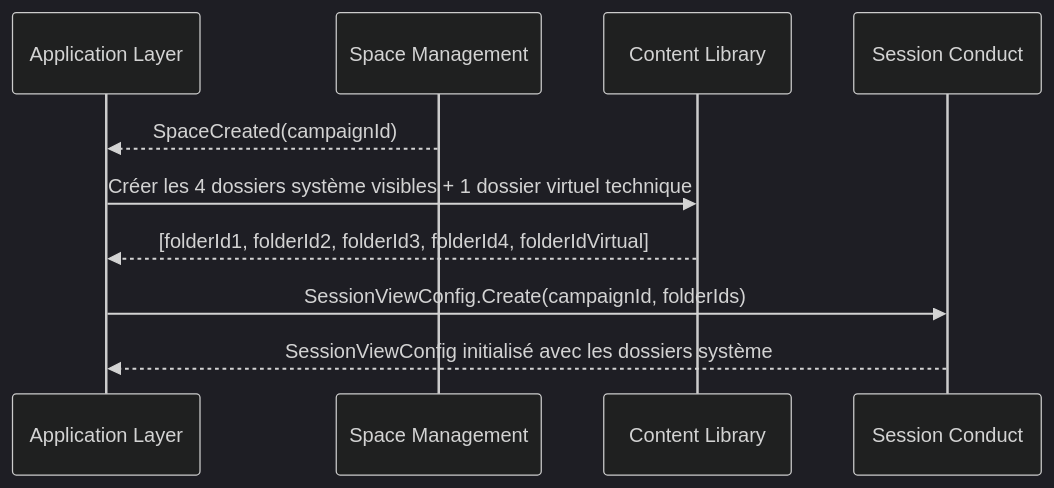
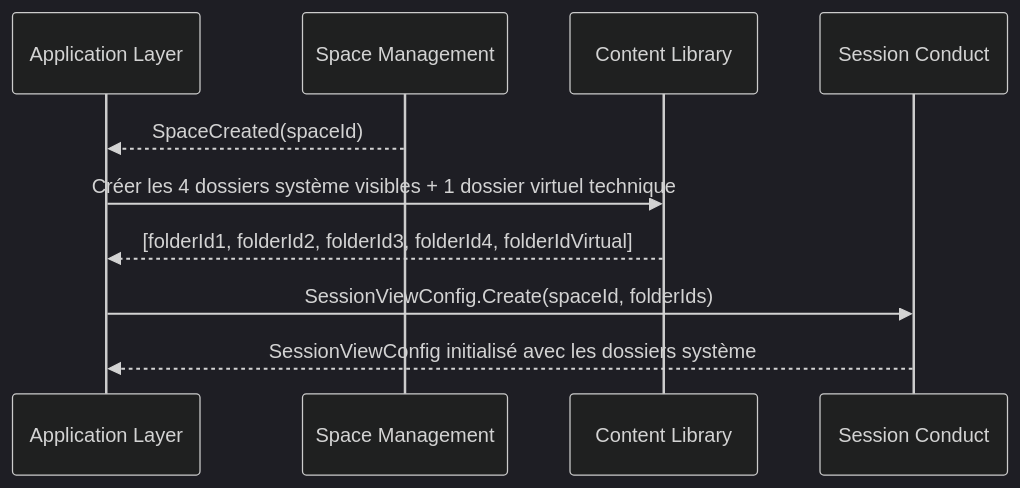
One commit to 2025-10-CDA-ECO-P6/PM-micro-saas changed the first of 9 diagrams in docs/conception/domain/diagrams/flows/session-conduct.md. Above: the diagram before and after it, drawn with Mermaid (dark theme). The commit also changed other lines of this file and 68 other files, not shown here.

First line of the commit message:
docs(corpus): renomme Campaign en Space et ajoute les spécifications techniques

````diff
--- a/docs/conception/domain/diagrams/flows/session-conduct.md
+++ b/docs/conception/domain/diagrams/flows/session-conduct.md
@@ -5,13 +5,13 @@
 ```mermaid
 sequenceDiagram
     participant App as Application Layer
-    participant CM as Space Management
+    participant SM as Space Management
     participant CL as Content Library
     participant SC as Session Conduct
 
-    CM-->>App: SpaceCreated(campaignId)
+    SM-->>App: SpaceCreated(spaceId)
     App->>CL: Créer les 4 dossiers système visibles + 1 dossier virtuel technique
     CL-->>App: [folderId1, folderId2, folderId3, folderId4, folderIdVirtual]
-    App->>SC: SessionViewConfig.Create(campaignId, folderIds)
+    App->>SC: SessionViewConfig.Create(spaceId, folderIds)
     SC-->>App: SessionViewConfig initialisé avec les dossiers système
 ```
````
